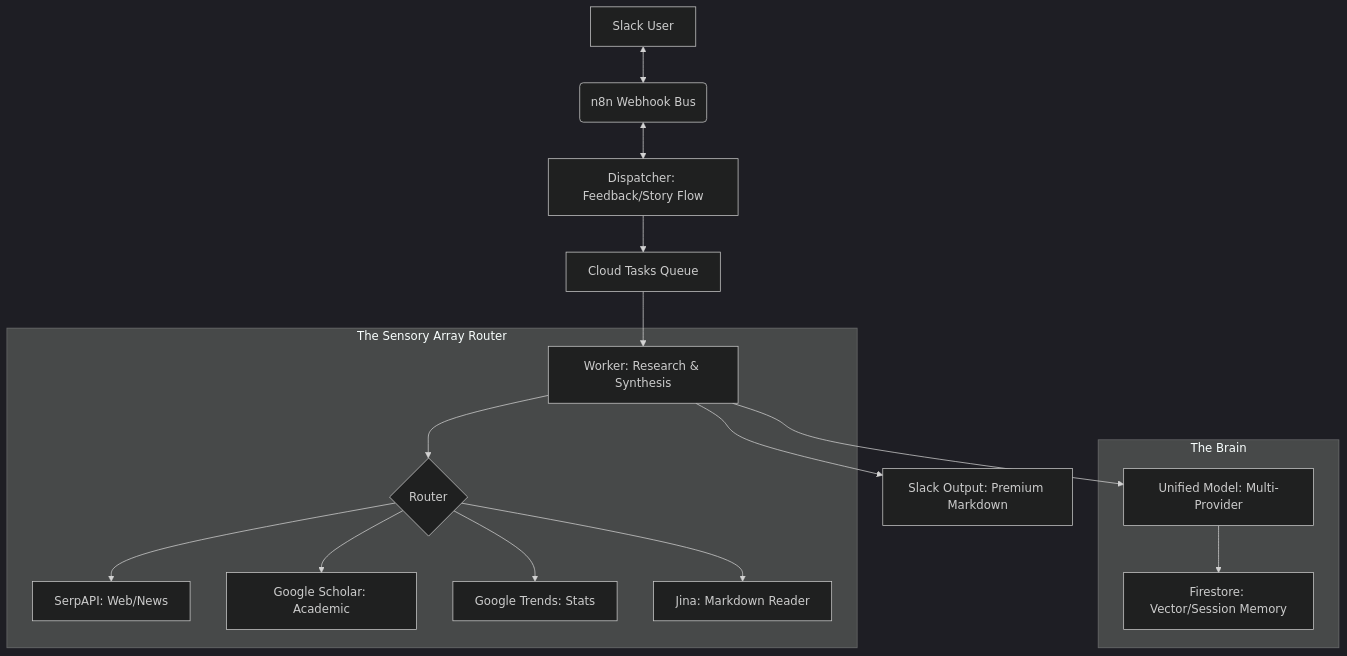
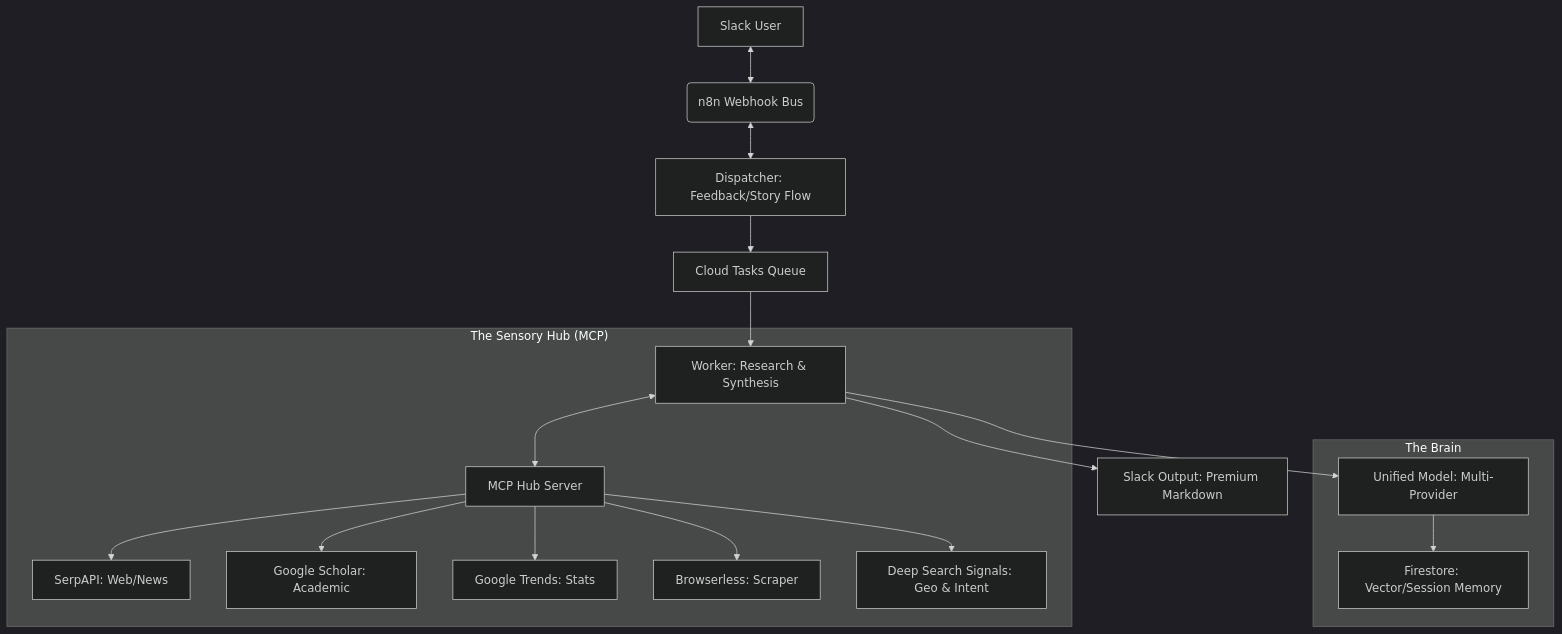
The diagram in README.md (cephasoo/google-adk-aeo-v2), drawn with Mermaid (dark theme) before and after one commit. The commit also changed other lines of this file and 6 other files, not shown here.

Commit message:
feat: Implement modular MCP Sensory Hub and Multi-Region Intelligence. Refine Sonnet & Prose persona for natural language and ADK compliance.

````diff
--- a/README.md
+++ b/README.md
@@ -23,22 +24,23 @@
 ```mermaid
 graph TD
     A[Slack User] <--> B(n8n Webhook Bus)
     B <--> C[Dispatcher: Feedback/Story Flow]
     C --> D[Cloud Tasks Queue]
     D --> E[Worker: Research & Synthesis]
     
-    subgraph "The Sensory Array Router"
-        E --> F{Router}
+    subgraph "The Sensory Hub (MCP)"
+        E <--> F[MCP Hub Server]
         F --> G[SerpAPI: Web/News]
         F --> H[Google Scholar: Academic]
         F --> I[Google Trends: Stats]
-        F --> J[Jina: Markdown Reader]
+        F --> J[Browserless: Scraper]
+        F --> L[Deep Search Signals: Geo & Intent]
     end
 
     subgraph "The Brain"
         E --> K[Unified Model: Multi-Provider]
-        K --> L[Firestore: Vector/Session Memory]
+        K --> M[Firestore: Vector/Session Memory]
     end
     
-    E --> M[Slack Output: Premium Markdown]
+    E --> N[Slack Output: Premium Markdown]
 ```
````
